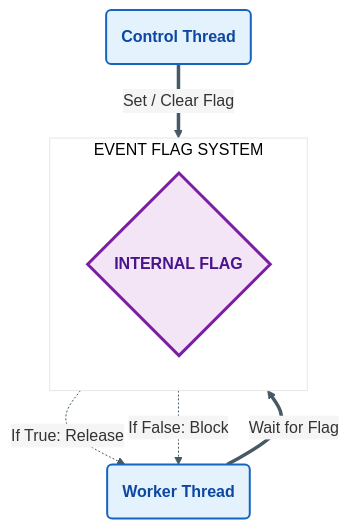
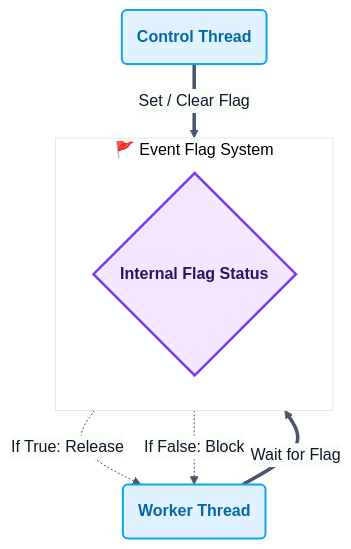
Before and after one commit to RameenAnwar/PDC-SP26-SE: the seventh of 9 diagrams in SyedMuhammadHuzaifaAshrafi-(23FA-035-SE)/Chapter02/README.md, drawn with Mermaid. The commit also changed other lines of this file and 5 other files, not shown here.

````diff
--- a/SyedMuhammadHuzaifaAshrafi-(23FA-035-SE)/Chapter02/README.md
+++ b/SyedMuhammadHuzaifaAshrafi-(23FA-035-SE)/Chapter02/README.md
@@ -813,21 +263,21 @@
 ```mermaid
-%%{init: {'theme': 'base', 'themeVariables': { 'lineColor': '#455A64', 'primaryColor': '#F5F5F5' }}}%%
+%%{init: {'theme': 'base', 'themeVariables': { 'lineColor': '#475569', 'primaryColor': '#f8fafc', 'primaryTextColor': '#0f172a', 'primaryBorderColor': '#cbd5e1' }}}%%
 flowchart TD
-    %% Pro Max Event Flag Visual
-    classDef eFlag fill:#F3E5F5,stroke:#7B1FA2,stroke-width:3px,color:#4A148C,font-weight:bold
-    classDef tAction fill:#E3F2FD,stroke:#1565C0,stroke-width:2px,color:#0D47A1,font-weight:bold
+    %% Premium Event Flag Visual
+    classDef eFlag fill:#f3e8ff,stroke:#7c3aed,stroke-width:2.5px,color:#2e1065,font-weight:bold
+    classDef tAction fill:#e0f2fe,stroke:#0ea5e9,stroke-width:2px,color:#0369a1,font-weight:bold
 
-    subgraph EVENT_SYSTEM [EVENT FLAG SYSTEM]
+    subgraph EVENT_SYSTEM ["🚩 Event Flag System"]
         direction LR
-        Flag{INTERNAL FLAG}
+        Flag{"Internal Flag Status"}
     end
 
-    T_Work(Worker Thread) == "Wait for Flag" ==> Flag
-    T_Ctrl(Control Thread) == "Set / Clear Flag" ==> Flag
+    T_Work("Worker Thread") == "Wait for Flag" ==> Flag
+    T_Ctrl("Control Thread") == "Set / Clear Flag" ==> Flag
     
     Flag -. "If True: Release" .-> T_Work
     Flag -. "If False: Block" .-> T_Work
 
     class Flag eFlag
     class T_Work,T_Ctrl tAction
 ```
````
